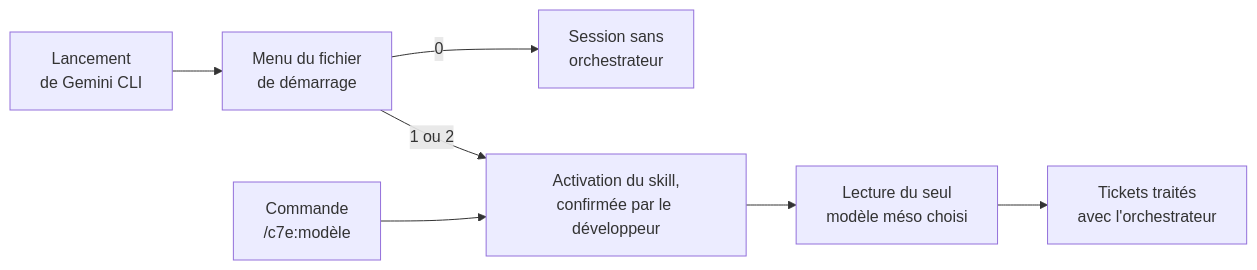
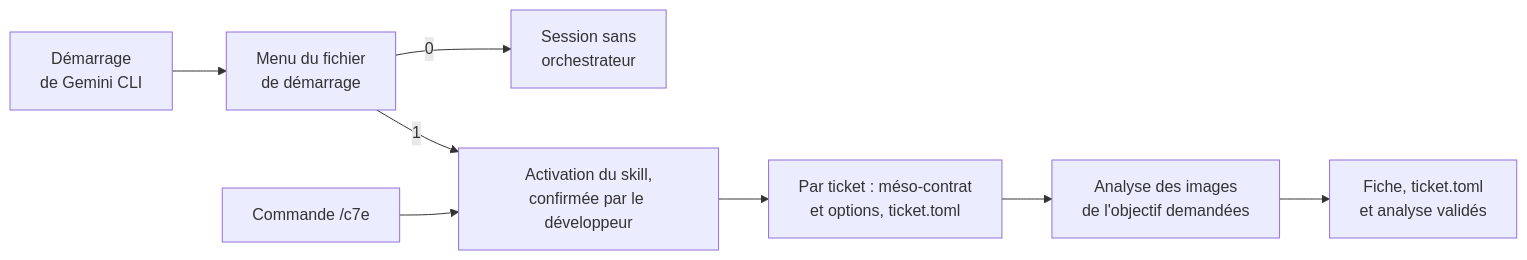
The diagram in docs/orchestrateur-c7e/mode-emploi.md (FredGarcia/Agent2Prompt), drawn with Mermaid before and after one commit. The commit also changed other lines of this file and 10 other files, not shown here.

First line of the commit message:
spec(orchestrateur-c7e): version 3.2.0, référentiel des méso-contrats et démarrage au choix

````diff
--- a/docs/orchestrateur-c7e/mode-emploi.md
+++ b/docs/orchestrateur-c7e/mode-emploi.md
@@ -69,9 +83,10 @@
 ```mermaid
 flowchart LR
-  L["Lancement<br/>de Gemini CLI"] --> M["Menu du fichier<br/>de démarrage"]
+  L["Démarrage<br/>de Gemini CLI"] --> M["Menu du fichier<br/>de démarrage"]
   M -- "0" --> S["Session sans<br/>orchestrateur"]
-  M -- "1 ou 2" --> A["Activation du skill,<br/>confirmée par le développeur"]
-  C["Commande<br/>/c7e:modèle"] --> A
-  A --> I["Lecture du seul<br/>modèle méso choisi"]
-  I --> T["Tickets traités<br/>avec l'orchestrateur"]
+  M -- "1" --> A["Activation du skill,<br/>confirmée par le développeur"]
+  C["Commande /c7e"] --> A
+  A --> K["Par ticket : méso-contrat<br/>et options, ticket.toml"]
+  K --> I["Analyse des images<br/>de l'objectif demandées"]
+  I --> V["Fiche, ticket.toml<br/>et analyse validés"]
 ```
````
